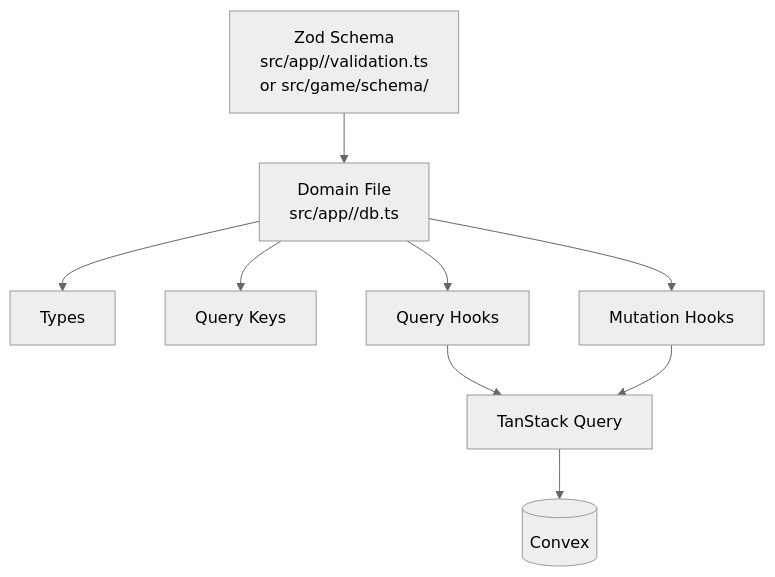
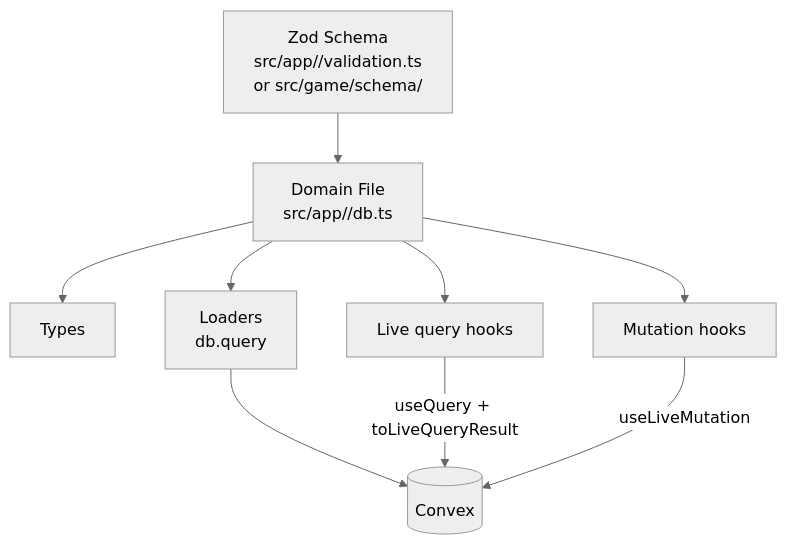
Before and after one commit to ndelangen/dunezone: the diagram in docs/data-layer.md, drawn with Mermaid (neutral theme). The commit also changed other lines of this file and 18 other files, not shown here.

````diff
--- a/docs/data-layer.md
+++ b/docs/data-layer.md
@@ -5,11 +5,11 @@
 ```mermaid
 flowchart TD
     Schema[Zod Schema<br/>src/app/<domain>/validation.ts<br/>or src/game/schema/] --> DomainFile[Domain File<br/>src/app/<domain>/db.ts]
     DomainFile --> Types[Types]
-    DomainFile --> QueryKeys[Query Keys]
-    DomainFile --> Queries[Query Hooks]
-    DomainFile --> Mutations[Mutation Hooks]
-    Queries --> TanStackQuery[TanStack Query]
-    Mutations --> TanStackQuery
-    TanStackQuery --> Convex[(Convex)]
+    DomainFile --> Loaders[Loaders<br/>db.query]
+    DomainFile --> Queries[Live query hooks]
+    DomainFile --> Mutations[Mutation hooks]
+    Loaders --> Convex[(Convex)]
+    Queries -->|useQuery + toLiveQueryResult| Convex
+    Mutations -->|useLiveMutation| Convex
 ```
````
